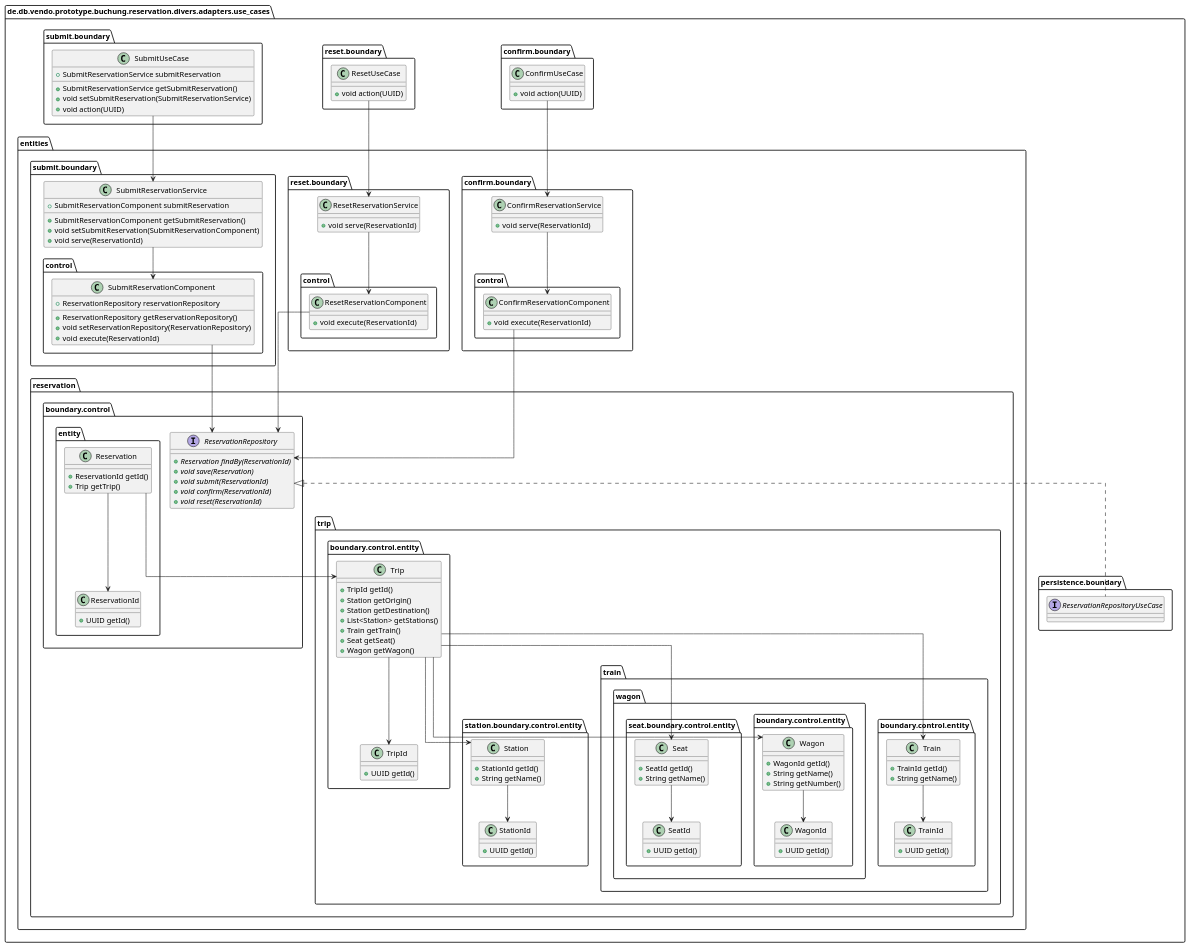
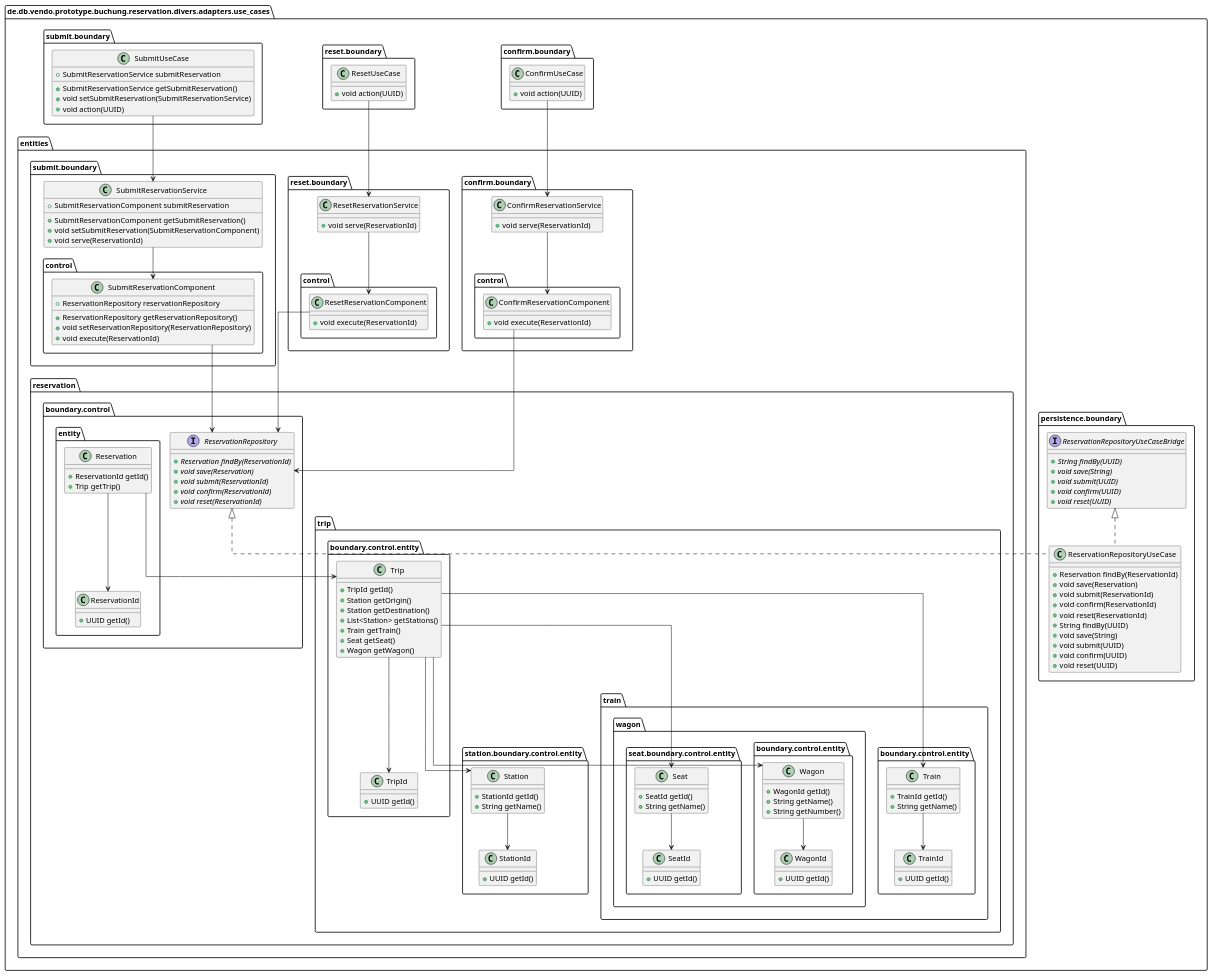
Before and after one commit to punkratz312/reservation-proto: the diagram in doc/uml/puml/use_cases.puml, drawn with PlantUML. The commit also changed 10 other files, not shown here.

Commit message:
wip ReservationRepositoryUseCase

```diff
--- a/doc/uml/puml/use_cases.puml
+++ b/doc/uml/puml/use_cases.puml
@@ -1,123 +1,141 @@
 @startuml
 !pragma useIntermediatePackages false
 skinparam linetype ortho
 show stereotype
 
 class "ConfirmUseCase" as de.db.vendo.prototype.buchung.reservation.divers.adapters.use_cases.confirm.boundary.ConfirmUseCase {
   +void action(UUID)
 }
 class "ConfirmReservationService" as de.db.vendo.prototype.buchung.reservation.divers.adapters.use_cases.entities.confirm.boundary.ConfirmReservationService {
   +void serve(ReservationId)
 }
 class "ConfirmReservationComponent" as de.db.vendo.prototype.buchung.reservation.divers.adapters.use_cases.entities.confirm.boundary.control.ConfirmReservationComponent {
   +void execute(ReservationId)
 }
 interface "ReservationRepository" as de.db.vendo.prototype.buchung.reservation.divers.adapters.use_cases.entities.reservation.boundary.control.ReservationRepository {
   + {abstract}Reservation findBy(ReservationId)
   + {abstract}void save(Reservation)
   + {abstract}void submit(ReservationId)
   + {abstract}void confirm(ReservationId)
   + {abstract}void reset(ReservationId)
 }
 class "Reservation" as de.db.vendo.prototype.buchung.reservation.divers.adapters.use_cases.entities.reservation.boundary.control.entity.Reservation {
   +ReservationId getId()
   +Trip getTrip()
 }
 class "ReservationId" as de.db.vendo.prototype.buchung.reservation.divers.adapters.use_cases.entities.reservation.boundary.control.entity.ReservationId {
   +UUID getId()
 }
 class "Trip" as de.db.vendo.prototype.buchung.reservation.divers.adapters.use_cases.entities.reservation.trip.boundary.control.entity.Trip {
   +TripId getId()
   +Station getOrigin()
   +Station getDestination()
   +List<Station> getStations()
   +Train getTrain()
   +Seat getSeat()
   +Wagon getWagon()
 }
 class "TripId" as de.db.vendo.prototype.buchung.reservation.divers.adapters.use_cases.entities.reservation.trip.boundary.control.entity.TripId {
   +UUID getId()
 }
 class "Station" as de.db.vendo.prototype.buchung.reservation.divers.adapters.use_cases.entities.reservation.trip.station.boundary.control.entity.Station {
   +StationId getId()
   +String getName()
 }
 class "StationId" as de.db.vendo.prototype.buchung.reservation.divers.adapters.use_cases.entities.reservation.trip.station.boundary.control.entity.StationId {
   +UUID getId()
 }
 class "Train" as de.db.vendo.prototype.buchung.reservation.divers.adapters.use_cases.entities.reservation.trip.train.boundary.control.entity.Train {
   +TrainId getId()
   +String getName()
 }
 class "TrainId" as de.db.vendo.prototype.buchung.reservation.divers.adapters.use_cases.entities.reservation.trip.train.boundary.control.entity.TrainId {
   +UUID getId()
 }
 class "Wagon" as de.db.vendo.prototype.buchung.reservation.divers.adapters.use_cases.entities.reservation.trip.train.wagon.boundary.control.entity.Wagon {
   +WagonId getId()
   +String getName()
   +String getNumber()
 }
 class "WagonId" as de.db.vendo.prototype.buchung.reservation.divers.adapters.use_cases.entities.reservation.trip.train.wagon.boundary.control.entity.WagonId {
   +UUID getId()
 }
 class "Seat" as de.db.vendo.prototype.buchung.reservation.divers.adapters.use_cases.entities.reservation.trip.train.wagon.seat.boundary.control.entity.Seat {
   +SeatId getId()
   +String getName()
 }
 class "SeatId" as de.db.vendo.prototype.buchung.reservation.divers.adapters.use_cases.entities.reservation.trip.train.wagon.seat.boundary.control.entity.SeatId {
   +UUID getId()
 }
 class "ResetReservationService" as de.db.vendo.prototype.buchung.reservation.divers.adapters.use_cases.entities.reset.boundary.ResetReservationService {
   +void serve(ReservationId)
 }
 class "ResetReservationComponent" as de.db.vendo.prototype.buchung.reservation.divers.adapters.use_cases.entities.reset.boundary.control.ResetReservationComponent {
   +void execute(ReservationId)
 }
 class "SubmitReservationService" as de.db.vendo.prototype.buchung.reservation.divers.adapters.use_cases.entities.submit.boundary.SubmitReservationService {
   +SubmitReservationComponent submitReservation
   __
   +SubmitReservationComponent getSubmitReservation()
   +void setSubmitReservation(SubmitReservationComponent)
   +void serve(ReservationId)
 }
 class "SubmitReservationComponent" as de.db.vendo.prototype.buchung.reservation.divers.adapters.use_cases.entities.submit.boundary.control.SubmitReservationComponent {
   +ReservationRepository reservationRepository
   __
   +ReservationRepository getReservationRepository()
   +void setReservationRepository(ReservationRepository)
   +void execute(ReservationId)
 }
-interface "ReservationRepositoryUseCase" as de.db.vendo.prototype.buchung.reservation.divers.adapters.use_cases.persistence.boundary.ReservationRepositoryUseCase {
+class "ReservationRepositoryUseCase" as de.db.vendo.prototype.buchung.reservation.divers.adapters.use_cases.persistence.boundary.ReservationRepositoryUseCase {
+  +Reservation findBy(ReservationId)
+  +void save(Reservation)
+  +void submit(ReservationId)
+  +void confirm(ReservationId)
+  +void reset(ReservationId)
+  +String findBy(UUID)
+  +void save(String)
+  +void submit(UUID)
+  +void confirm(UUID)
+  +void reset(UUID)
+}
+interface "ReservationRepositoryUseCaseBridge" as de.db.vendo.prototype.buchung.reservation.divers.adapters.use_cases.persistence.boundary.ReservationRepositoryUseCaseBridge {
+  + {abstract}String findBy(UUID)
+  + {abstract}void save(String)
+  + {abstract}void submit(UUID)
+  + {abstract}void confirm(UUID)
+  + {abstract}void reset(UUID)
 }
 class "ResetUseCase" as de.db.vendo.prototype.buchung.reservation.divers.adapters.use_cases.reset.boundary.ResetUseCase {
   +void action(UUID)
 }
 class "SubmitUseCase" as de.db.vendo.prototype.buchung.reservation.divers.adapters.use_cases.submit.boundary.SubmitUseCase {
   +SubmitReservationService submitReservation
   __
   +SubmitReservationService getSubmitReservation()
   +void setSubmitReservation(SubmitReservationService)
   +void action(UUID)
 }
 de.db.vendo.prototype.buchung.reservation.divers.adapters.use_cases.confirm.boundary.ConfirmUseCase --> de.db.vendo.prototype.buchung.reservation.divers.adapters.use_cases.entities.confirm.boundary.ConfirmReservationService
 de.db.vendo.prototype.buchung.reservation.divers.adapters.use_cases.entities.confirm.boundary.ConfirmReservationService --> de.db.vendo.prototype.buchung.reservation.divers.adapters.use_cases.entities.confirm.boundary.control.ConfirmReservationComponent
 de.db.vendo.prototype.buchung.reservation.divers.adapters.use_cases.entities.confirm.boundary.control.ConfirmReservationComponent --> de.db.vendo.prototype.buchung.reservation.divers.adapters.use_cases.entities.reservation.boundary.control.ReservationRepository
 de.db.vendo.prototype.buchung.reservation.divers.adapters.use_cases.entities.reservation.boundary.control.entity.Reservation --> de.db.vendo.prototype.buchung.reservation.divers.adapters.use_cases.entities.reservation.trip.boundary.control.entity.Trip
 de.db.vendo.prototype.buchung.reservation.divers.adapters.use_cases.entities.reservation.boundary.control.entity.Reservation --> de.db.vendo.prototype.buchung.reservation.divers.adapters.use_cases.entities.reservation.boundary.control.entity.ReservationId
 de.db.vendo.prototype.buchung.reservation.divers.adapters.use_cases.entities.reservation.trip.boundary.control.entity.Trip --> de.db.vendo.prototype.buchung.reservation.divers.adapters.use_cases.entities.reservation.trip.boundary.control.entity.TripId
 de.db.vendo.prototype.buchung.reservation.divers.adapters.use_cases.entities.reservation.trip.boundary.control.entity.Trip --> de.db.vendo.prototype.buchung.reservation.divers.adapters.use_cases.entities.reservation.trip.station.boundary.control.entity.Station
 de.db.vendo.prototype.buchung.reservation.divers.adapters.use_cases.entities.reservation.trip.boundary.control.entity.Trip --> de.db.vendo.prototype.buchung.reservation.divers.adapters.use_cases.entities.reservation.trip.train.wagon.seat.boundary.control.entity.Seat
 de.db.vendo.prototype.buchung.reservation.divers.adapters.use_cases.entities.reservation.trip.boundary.control.entity.Trip --> de.db.vendo.prototype.buchung.reservation.divers.adapters.use_cases.entities.reservation.trip.train.boundary.control.entity.Train
 de.db.vendo.prototype.buchung.reservation.divers.adapters.use_cases.entities.reservation.trip.boundary.control.entity.Trip --> de.db.vendo.prototype.buchung.reservation.divers.adapters.use_cases.entities.reservation.trip.train.wagon.boundary.control.entity.Wagon
 de.db.vendo.prototype.buchung.reservation.divers.adapters.use_cases.entities.reservation.trip.station.boundary.control.entity.Station --> de.db.vendo.prototype.buchung.reservation.divers.adapters.use_cases.entities.reservation.trip.station.boundary.control.entity.StationId
 de.db.vendo.prototype.buchung.reservation.divers.adapters.use_cases.entities.reservation.trip.train.boundary.control.entity.Train --> de.db.vendo.prototype.buchung.reservation.divers.adapters.use_cases.entities.reservation.trip.train.boundary.control.entity.TrainId
 de.db.vendo.prototype.buchung.reservation.divers.adapters.use_cases.entities.reservation.trip.train.wagon.boundary.control.entity.Wagon --> de.db.vendo.prototype.buchung.reservation.divers.adapters.use_cases.entities.reservation.trip.train.wagon.boundary.control.entity.WagonId
 de.db.vendo.prototype.buchung.reservation.divers.adapters.use_cases.entities.reservation.trip.train.wagon.seat.boundary.control.entity.Seat --> de.db.vendo.prototype.buchung.reservation.divers.adapters.use_cases.entities.reservation.trip.train.wagon.seat.boundary.control.entity.SeatId
 de.db.vendo.prototype.buchung.reservation.divers.adapters.use_cases.entities.reset.boundary.ResetReservationService --> de.db.vendo.prototype.buchung.reservation.divers.adapters.use_cases.entities.reset.boundary.control.ResetReservationComponent
 de.db.vendo.prototype.buchung.reservation.divers.adapters.use_cases.entities.reset.boundary.control.ResetReservationComponent --> de.db.vendo.prototype.buchung.reservation.divers.adapters.use_cases.entities.reservation.boundary.control.ReservationRepository
 de.db.vendo.prototype.buchung.reservation.divers.adapters.use_cases.entities.submit.boundary.SubmitReservationService --> de.db.vendo.prototype.buchung.reservation.divers.adapters.use_cases.entities.submit.boundary.control.SubmitReservationComponent
 de.db.vendo.prototype.buchung.reservation.divers.adapters.use_cases.entities.submit.boundary.control.SubmitReservationComponent --> de.db.vendo.prototype.buchung.reservation.divers.adapters.use_cases.entities.reservation.boundary.control.ReservationRepository
+de.db.vendo.prototype.buchung.reservation.divers.adapters.use_cases.persistence.boundary.ReservationRepositoryUseCase .u.|> de.db.vendo.prototype.buchung.reservation.divers.adapters.use_cases.persistence.boundary.ReservationRepositoryUseCaseBridge
 de.db.vendo.prototype.buchung.reservation.divers.adapters.use_cases.persistence.boundary.ReservationRepositoryUseCase .u.|> de.db.vendo.prototype.buchung.reservation.divers.adapters.use_cases.entities.reservation.boundary.control.ReservationRepository
 de.db.vendo.prototype.buchung.reservation.divers.adapters.use_cases.reset.boundary.ResetUseCase --> de.db.vendo.prototype.buchung.reservation.divers.adapters.use_cases.entities.reset.boundary.ResetReservationService
 de.db.vendo.prototype.buchung.reservation.divers.adapters.use_cases.submit.boundary.SubmitUseCase --> de.db.vendo.prototype.buchung.reservation.divers.adapters.use_cases.entities.submit.boundary.SubmitReservationService
 @enduml
```
